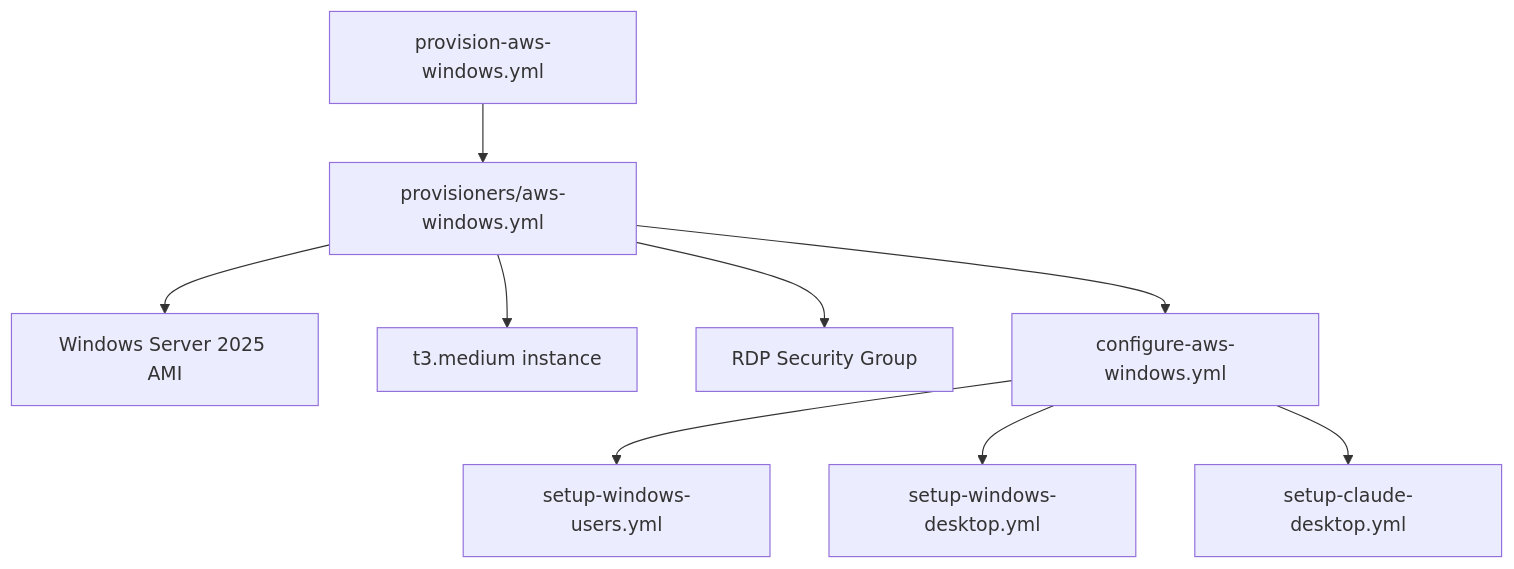
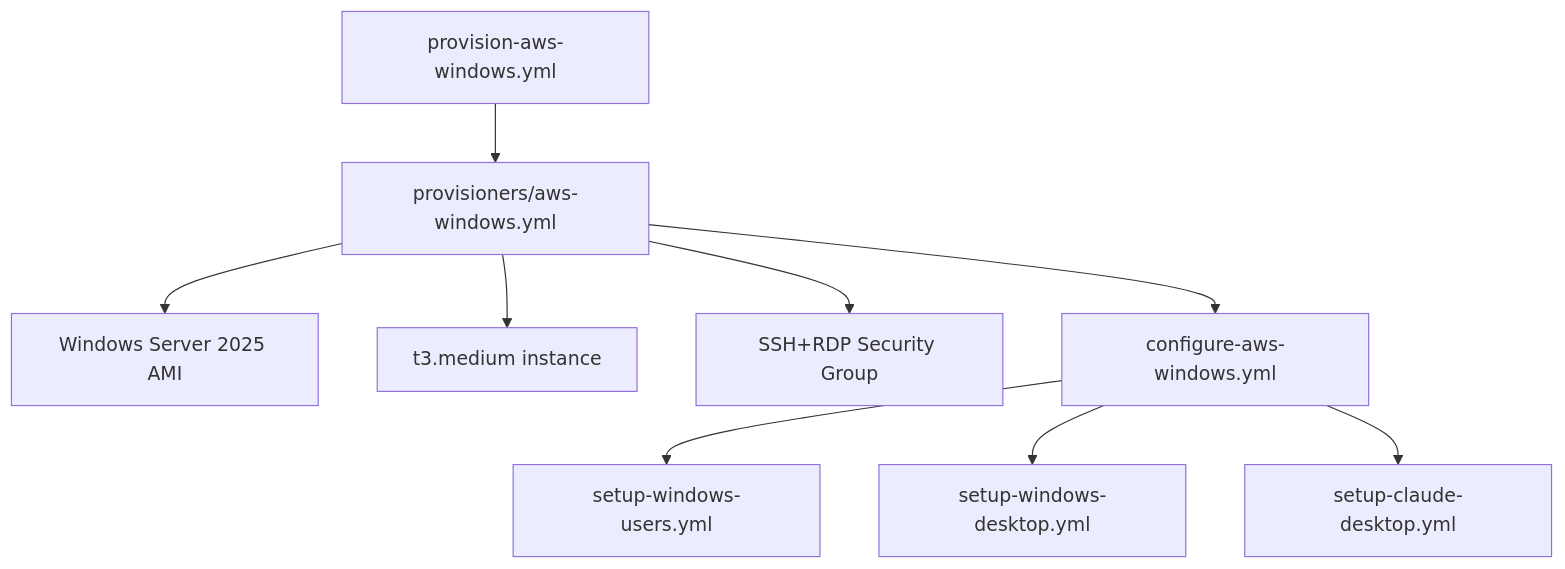
One commit to wonderbird/ansible-all-my-things changed the diagram in memory-bank/systemPatterns.md. Above: the diagram before and after it, drawn with Mermaid. The commit also changed other lines of this file and 5 other files, not shown here.

````diff
--- a/memory-bank/systemPatterns.md
+++ b/memory-bank/systemPatterns.md
@@ -76,11 +83,11 @@
 ```mermaid
 graph TD
     A[provision-aws-windows.yml] --> B[provisioners/aws-windows.yml]
     B --> C[Windows Server 2025 AMI]
     B --> D[t3.medium instance]
-    B --> E[RDP Security Group]
+    B --> E[SSH+RDP Security Group]
     B --> F[configure-aws-windows.yml]
     F --> G[setup-windows-users.yml]
     F --> H[setup-windows-desktop.yml]
     F --> I[setup-claude-desktop.yml]
 ```
````
